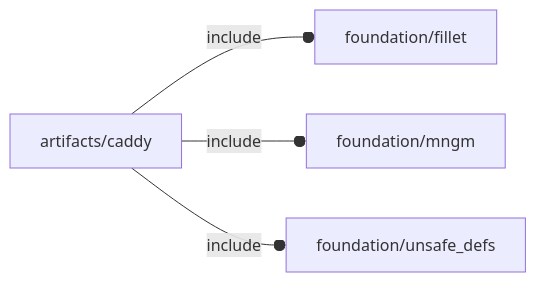
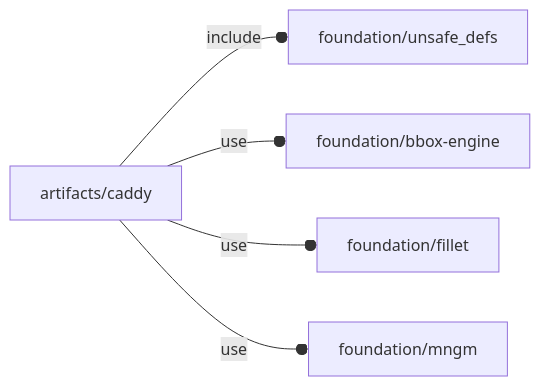
Before and after one commit to ggabbiani/OFL: the diagram in orthodocs/artifacts/caddy.md, drawn with Mermaid. The commit also changed other lines of this file and 74 other files, not shown here.

````diff
--- a/orthodocs/artifacts/caddy.md
+++ b/orthodocs/artifacts/caddy.md
@@ -5,6 +5,7 @@
 ```mermaid
 graph LR
-    A1[artifacts/caddy] --o|include| A2[foundation/fillet]
-    A1 --o|include| A3[foundation/mngm]
-    A1 --o|include| A4[foundation/unsafe_defs]
+    A1[artifacts/caddy] --o|include| A2[foundation/unsafe_defs]
+    A1 --o|use| A3[foundation/bbox-engine]
+    A1 --o|use| A4[foundation/fillet]
+    A1 --o|use| A5[foundation/mngm]
 ```
````
